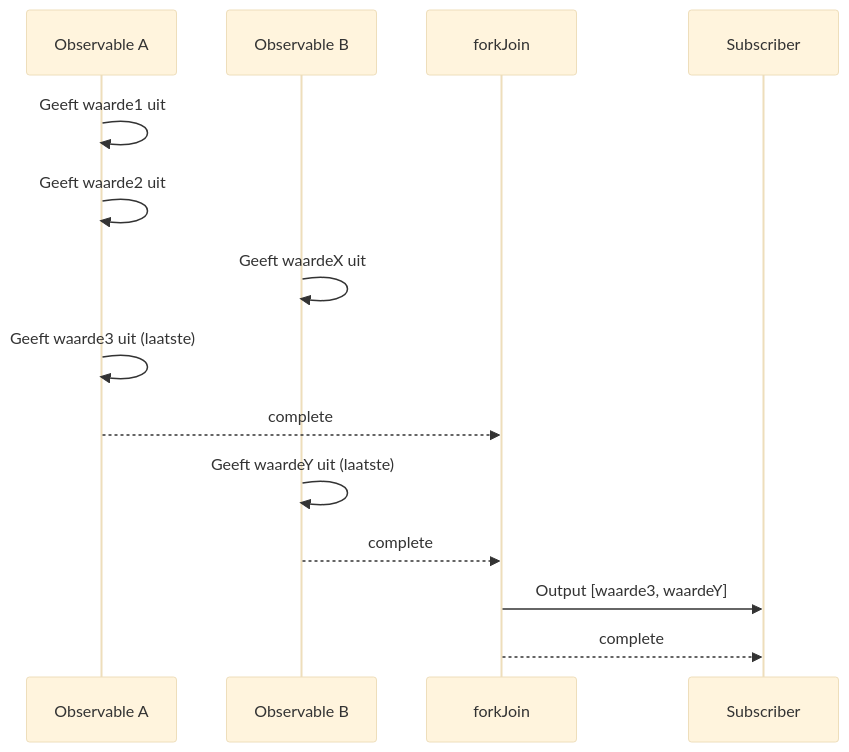
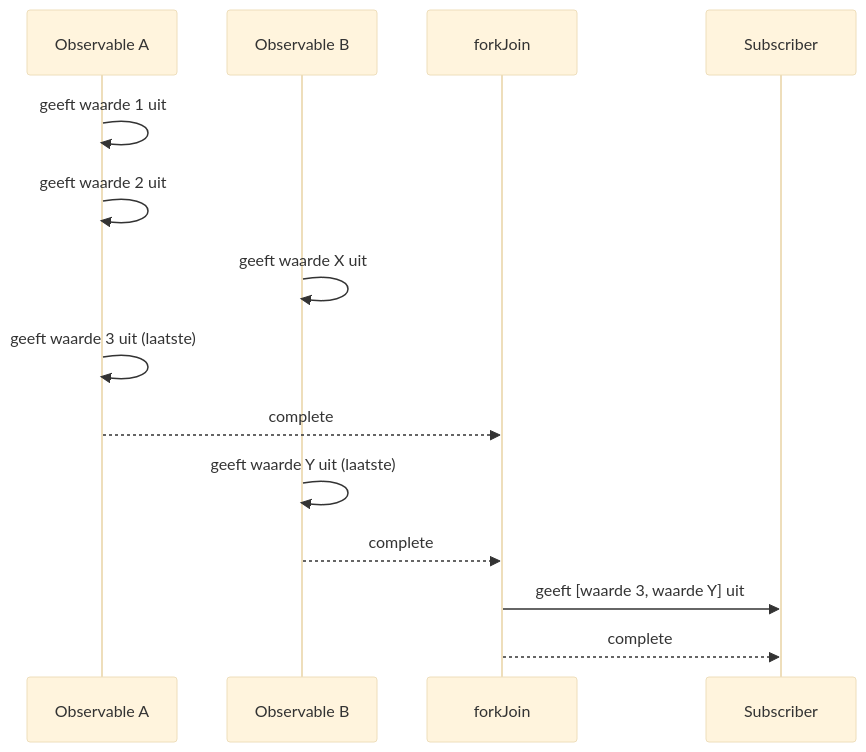
One commit to shuji-bonji/RxJS-with-TypeScript changed the first of 4 diagrams in docs/nl/guide/creation-functions/combination/forkJoin-vs-combineLatest.md. Above: the diagram before and after it, drawn with Mermaid (base theme). The commit also changed other lines of this file and 6 other files, not shown here.

````diff
--- a/docs/nl/guide/creation-functions/combination/forkJoin-vs-combineLatest.md
+++ b/docs/nl/guide/creation-functions/combination/forkJoin-vs-combineLatest.md
@@ -34,17 +35,17 @@
 ```mermaid
 sequenceDiagram
     participant A as Observable A
     participant B as Observable B
     participant F as forkJoin
     participant S as Subscriber
 
-    A->>A: Geeft waarde1 uit
-    A->>A: Geeft waarde2 uit
-    B->>B: Geeft waardeX uit
-    A->>A: Geeft waarde3 uit (laatste)
+    A->>A: geeft waarde 1 uit
+    A->>A: geeft waarde 2 uit
+    B->>B: geeft waarde X uit
+    A->>A: geeft waarde 3 uit (laatste)
     A-->>F: complete
-    B->>B: Geeft waardeY uit (laatste)
+    B->>B: geeft waarde Y uit (laatste)
     B-->>F: complete
-    F->>S: Output [waarde3, waardeY]
+    F->>S: geeft [waarde 3, waarde Y] uit
     F-->>S: complete
 ```
````
